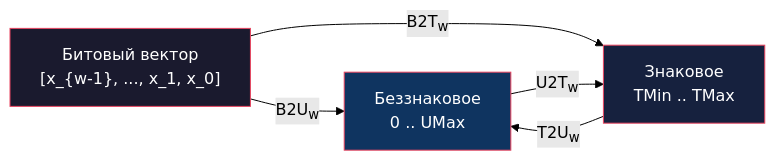
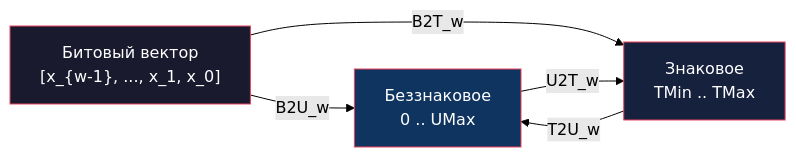
One commit to rogerok/learn-programming changed the first of 2 diagrams in src/cs/computer-system/2.chapter/2.2/2.2-overview.md. Above: the diagram before and after it, drawn with Mermaid (forest theme). The commit also changed other lines of this file and 2 other files, not shown here.

````diff
--- a/src/cs/computer-system/2.chapter/2.2/2.2-overview.md
+++ b/src/cs/computer-system/2.chapter/2.2/2.2-overview.md
@@ -20,14 +46,14 @@
 ```mermaid
 graph LR
     BV["Битовый вектор<br/>[x_{w-1}, ..., x_1, x_0]"]
 
-    BV -->|"B2U<sub>w</sub>"| U["Беззнаковое<br/>0 .. UMax"]
-    BV -->|"B2T<sub>w</sub>"| T["Знаковое<br/>TMin .. TMax"]
+    BV -->|"B2U_w"| U["Беззнаковое<br/>0 .. UMax"]
+    BV -->|"B2T_w"| T["Знаковое<br/>TMin .. TMax"]
 
-    U -->|"U2T<sub>w</sub>"| T
-    T -->|"T2U<sub>w</sub>"| U
+    U -->|"U2T_w"| T
+    T -->|"T2U_w"| U
 
     style BV fill:#1a1a2e,stroke:#e94560,color:#fff
     style U fill:#0f3460,stroke:#e94560,color:#fff
     style T fill:#16213e,stroke:#e94560,color:#fff
 ```
````
